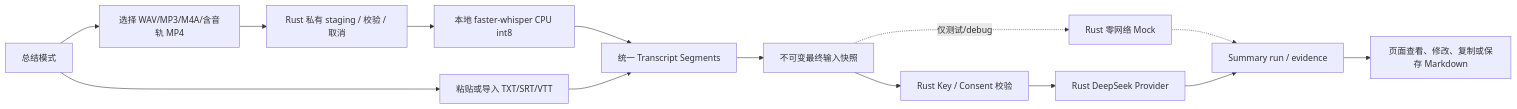
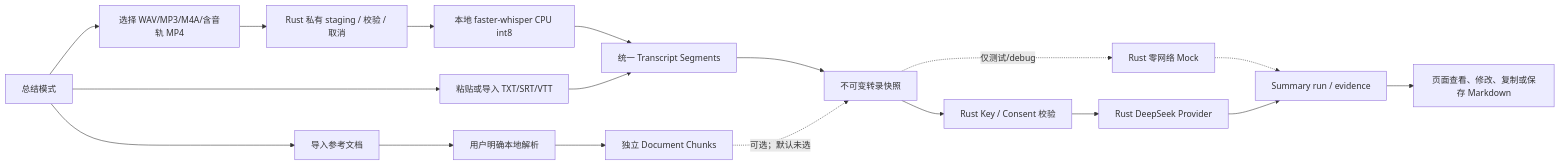
Before and after one commit to Gray-8a/MeetingLens: the second of 8 diagrams in ARCHITECTURE.md, drawn with Mermaid. The commit also changed other lines of this file and 75 other files, not shown here.

````diff
--- a/ARCHITECTURE.md
+++ b/ARCHITECTURE.md
@@ -29,16 +29,20 @@
 ```mermaid
 flowchart LR
     HOME["总结模式"] --> SOURCE["粘贴或导入 TXT/SRT/VTT"]
     HOME --> AUDIO["选择 WAV/MP3/M4A/含音轨 MP4"]
     AUDIO --> RUST_AUDIO["Rust 私有 staging / 校验 / 取消"]
     RUST_AUDIO --> WORKER["本地 faster-whisper CPU int8"]
     WORKER --> SEGMENTS
     SOURCE --> SEGMENTS["统一 Transcript Segments"]
-    SEGMENTS --> SNAPSHOT["不可变最终输入快照"]
+    HOME --> DOC["导入参考文档"]
+    DOC --> PARSE["用户明确本地解析"]
+    PARSE --> CHUNKS["独立 Document Chunks"]
+    SEGMENTS --> SNAPSHOT["不可变转录快照"]
+    CHUNKS -. "可选；默认未选" .-> SNAPSHOT
     SNAPSHOT --> CONSENT["Rust Key / Consent 校验"]
     CONSENT --> DEEPSEEK["Rust DeepSeek Provider"]
     SNAPSHOT -. "仅测试/debug" .-> MOCK["Rust 零网络 Mock"]
     MOCK -.-> RUN["Summary run / evidence"]
     DEEPSEEK --> RUN
     RUN --> MINUTES["页面查看、修改、复制或保存 Markdown"]
 ```
````
